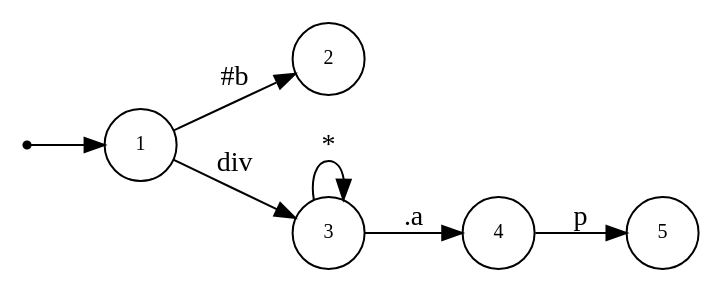
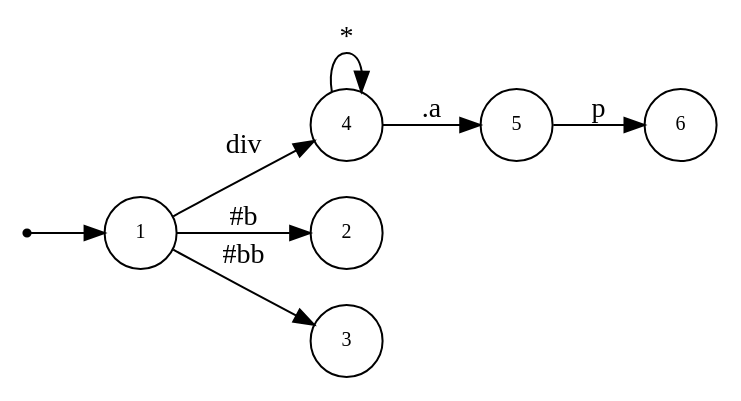
The diagram in css-gen-op/testcase/dot_tri.dot (asukaminato0721/css-bitvector-compiler), drawn with Graphviz before and after one commit. The commit also changed 21 other files, not shown here.

```diff
--- a/css-gen-op/testcase/dot_tri.dot
+++ b/css-gen-op/testcase/dot_tri.dot
@@ -1,17 +1,19 @@
 digraph NFA {
   rankdir=LR;
   node [shape=circle, fontsize=10];
   __start [shape=point, label=""];
   __start -> 1;
+  6 [label="6"];
+  1 [label="1"];
+  4 [label="4"];
   2 [label="2"];
-  4 [label="4"];
   5 [label="5"];
-  1 [label="1"];
   3 [label="3"];
-  { node [shape=doublecircle]; 2 5 }
+  { node [shape=doublecircle]; 2 3 6 }
   1 -> 2 [label="#b"];
-  1 -> 3 [label="div"];
-  3 -> 3 [label="*"];
-  3 -> 4 [label=".a"];
-  4 -> 5 [label="p"];
+  1 -> 3 [label="#bb"];
+  1 -> 4 [label="div"];
+  4 -> 4 [label="*"];
+  4 -> 5 [label=".a"];
+  5 -> 6 [label="p"];
 }
```
